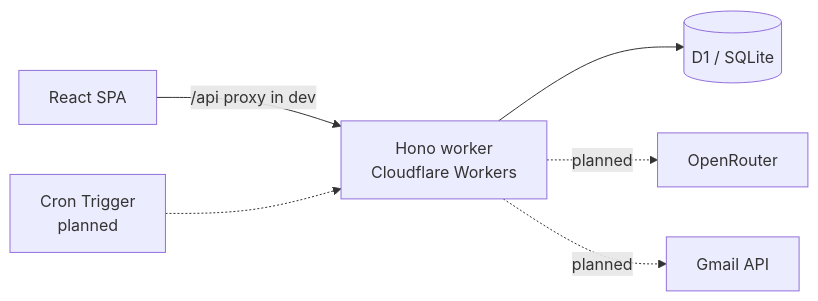
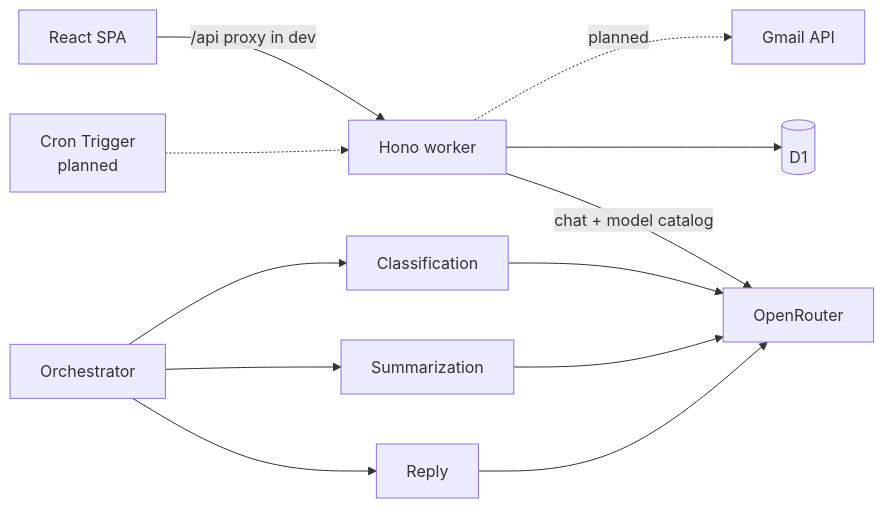
The diagram in README.md (rakidoodle/mailpilot-ai), drawn with Mermaid before and after one commit. The commit also changed other lines of this file and 16 other files, not shown here.

Commit message:
feat: add OpenRouter models, AI agents, and activity log

````diff
--- a/README.md
+++ b/README.md
@@ -45,8 +46,12 @@
 ```mermaid
 flowchart LR
-  B[React SPA] -->|/api proxy in dev| W[Hono worker<br/>Cloudflare Workers]
-  W --> D[(D1 / SQLite)]
-  W -.planned.-> O[OpenRouter]
+  B[React SPA] -->|/api proxy in dev| W[Hono worker]
+  W --> D[(D1)]
+  W -->|chat + model catalog| O[OpenRouter]
+  A[Orchestrator] --> C[Classification]
+  A --> S[Summarization]
+  A --> R[Reply]
+  C & S & R --> O
   W -.planned.-> G[Gmail API]
-  C[Cron Trigger<br/>planned] -.-> W
+  C2[Cron Trigger<br/>planned] -.-> W
 ```
````
